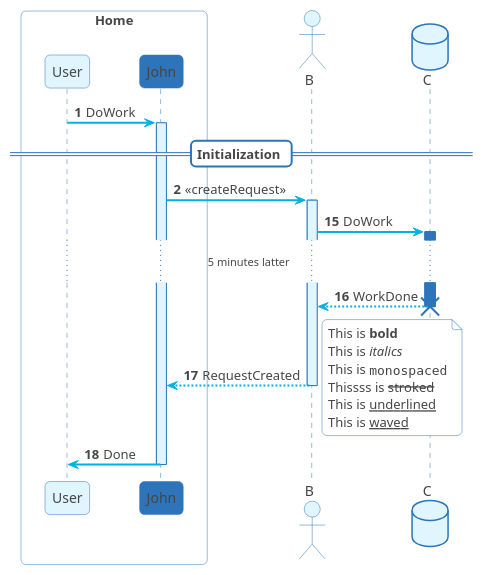
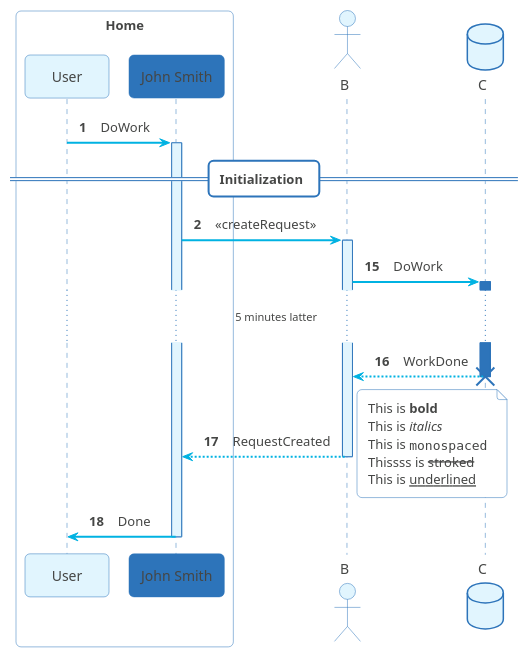
One commit to marcelofpfelix/plantuml-diagrams changed the diagram in example/example1.puml. Above: the diagram before and after it, drawn with PlantUML.

Commit message:
Update example1.puml
adding padding

```diff
--- a/example/example1.puml
+++ b/example/example1.puml
@@ -1,66 +1,66 @@
 @startuml
-skinparam ParticipantPadding 20
-skinparam BoxPadding 10
+skinparam ParticipantPadding 5
+skinparam BoxPadding 5
+skinparam Padding 5
 skinparam sequenceArrowThickness 2
 skinparam roundcorner 10
 skinparam maxmessagesize 200
 skinparam shadowing false
 skinparam DefaultFontColor #454645
 skinparam NoteBorderColor #2D74BA
 skinparam NoteBackgroundColor #FFFFFF
 skinparam DatabaseBorderColor #2D74BA
 skinparam DatabaseBackgroundColor #E1F5FE
-
+skinparam minClassWidth 70
 skinparam sequence {
 ArrowColor #00b2e2
 ArrowThickness 2
 
 DividerBorderColor #2D74BA
 DividerBackgroundColor #FFFFFF
 
 ActorBorderColor #2D74BA
 ActorBackgroundColor #E1F5FE
 
 LifeLineBorderColor #2D74BA
 LifeLineBackgroundColor #E1F5FE
 
 ParticipantBorderColor #2D74BA
 ParticipantBackgroundColor #E1F5FE
 
 BoxBorderColor #2D74BA
 BoxBackgroundColor #FFFFFF
 }
 
 autonumber
 box "Home" 
   participant User 
-  participant John as A #2D74BA
+  participant "John Smith" as A #2D74BA
 end box
 actor B
 database C
 
 User -> A: DoWork 
 activate A
 == Initialization ==
 
 A -> B: << createRequest >>
 activate B
 autonumber 15
 B -> C: DoWork
 activate C  #2D74BA
 ...5 minutes latter...
 C --> B: WorkDone
 destroy C
 B --> A: RequestCreated
 deactivate B
 note right 
   This is **bold**
   This is //italics//
   This is ""monospaced""
   Thissss is --stroked--
   This is __underlined__
-  This is ~~waved~~ 
 end note
 A -> User: Done
 deactivate A
 @enduml
```
